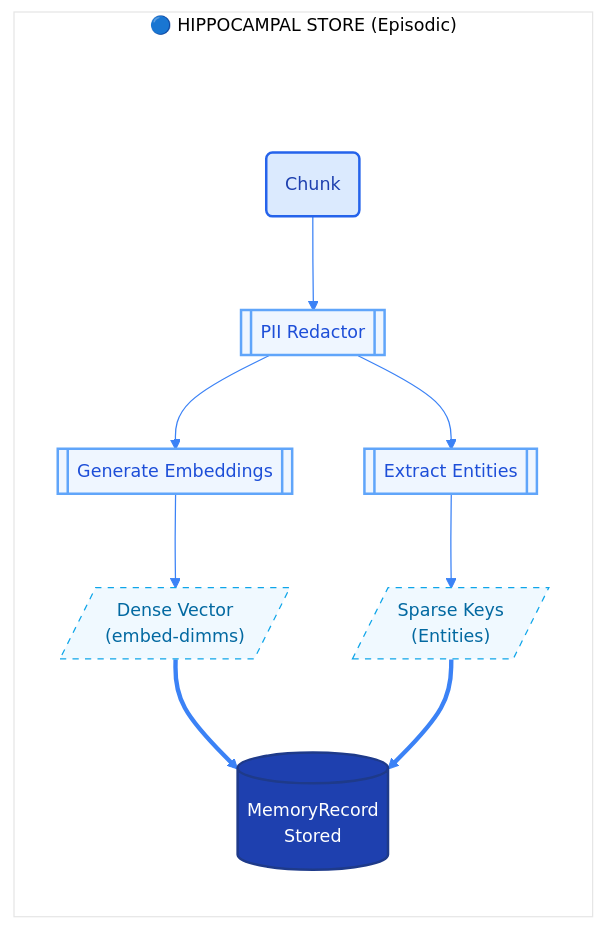
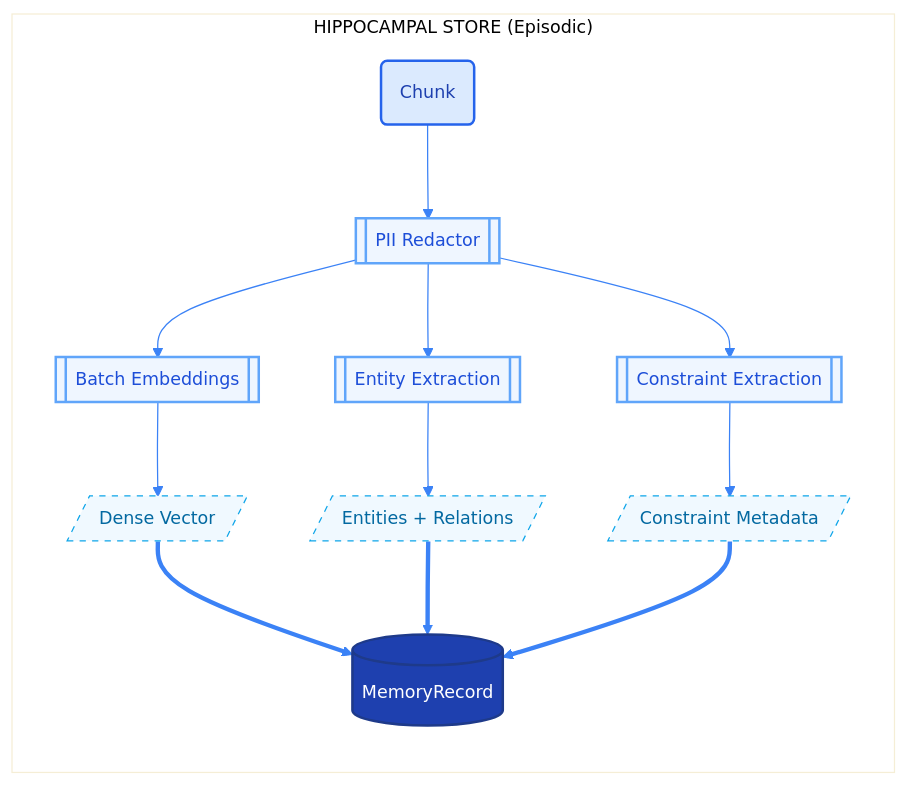
The fifth of 13 diagrams in README.md (avinash-mall/CognitiveMemoryLayer), drawn with Mermaid before and after one commit. The commit also changed other lines of this file and 105 other files, not shown here.

````diff
--- a/README.md
+++ b/README.md
@@ -294,63 +349,42 @@
 ```mermaid
 %%{
   init: {
     'theme': 'base',
     'flowchart': { 'useMaxWidth': true },
     'themeVariables': {
       'primaryColor': '#EEF2FF',
       'primaryTextColor': '#1e3a8a',
       'primaryBorderColor': '#1d4ed8',
       'lineColor': '#3b82f6',
-      'tertiaryColor': '#ffffff',
       'fontSize': '14px'
     }
   }
 }%%
 flowchart TD
-    %% --- Style Definitions --- %%
-    classDef input fill:#dbeafe,stroke:#2563eb,stroke-width:2px,color:#1e40af;
-    classDef process fill:#eff6ff,stroke:#60a5fa,stroke-width:2px,color:#1d4ed8;
-    classDef data fill:#f0f9ff,stroke:#0ea5e9,stroke-width:1px,stroke-dasharray: 5 5,color:#0369a1;
-    classDef storage fill:#1e40af,stroke:#1e3a8a,stroke-width:2px,color:#fff;
-    classDef hidden fill:none,stroke:none,color:#fff,width:0px,height:0px;
+    classDef input fill:#dbeafe,stroke:#2563eb,stroke-width:2px,color:#1e40af
+    classDef process fill:#eff6ff,stroke:#60a5fa,stroke-width:2px,color:#1d4ed8
+    classDef data fill:#f0f9ff,stroke:#0ea5e9,stroke-width:1px,stroke-dasharray: 5 5,color:#0369a1
+    classDef storage fill:#1e40af,stroke:#1e3a8a,stroke-width:2px,color:#fff
 
-    subgraph Hippo ["🔵 HIPPOCAMPAL STORE (Episodic)"]
+    subgraph Hippo ["HIPPOCAMPAL STORE (Episodic)"]
         direction TB
-        
-        %% 1. Spacer for Gap
-        Spacer("&nbsp;"):::hidden
-        
-        %% 2. Input Node
         Chunk(Chunk):::input
-        
-        %% 3. Cleaning Step
         PII[[PII Redactor]]:::process
-        
-        %% 4. Feature Extraction Split
-        Embed[[Generate Embeddings]]:::process
-        Entity[[Extract Entities]]:::process
-        
-        %% 5. Data Artifacts (Using <br/> for line breaks)
-        Dense[/"Dense Vector<br/>(embed-dimms)"/]:::data
-        Sparse[/"Sparse Keys<br/>(Entities)"/]:::data
-        
-        %% 6. Final Storage
-        Record[("MemoryRecord<br/>Stored")]:::storage
-        
-        %% --- Wiring ---
-        %% Link Spacer to create the gap
-        Spacer --- Chunk
-        
+        Embed[[Batch Embeddings]]:::process
+        Entity[[Entity Extraction]]:::process
+        Constraint[[Constraint Extraction]]:::process
+        Dense[/"Dense Vector"/]:::data
+        Sparse[/"Entities + Relations"/]:::data
+        Meta[/"Constraint Metadata"/]:::data
+        Record[("MemoryRecord")]:::storage
+
         Chunk --> PII
         PII --> Embed
         PII --> Entity
-        
+        PII --> Constraint
         Embed --> Dense
         Entity --> Sparse
-        
-        Dense & Sparse ==> Record
+        Constraint --> Meta
+        Dense & Sparse & Meta ==> Record
     end
-
-    %% Hide the spacer link
-    linkStyle 0 stroke-width:0px,fill:none;
 ```
````
